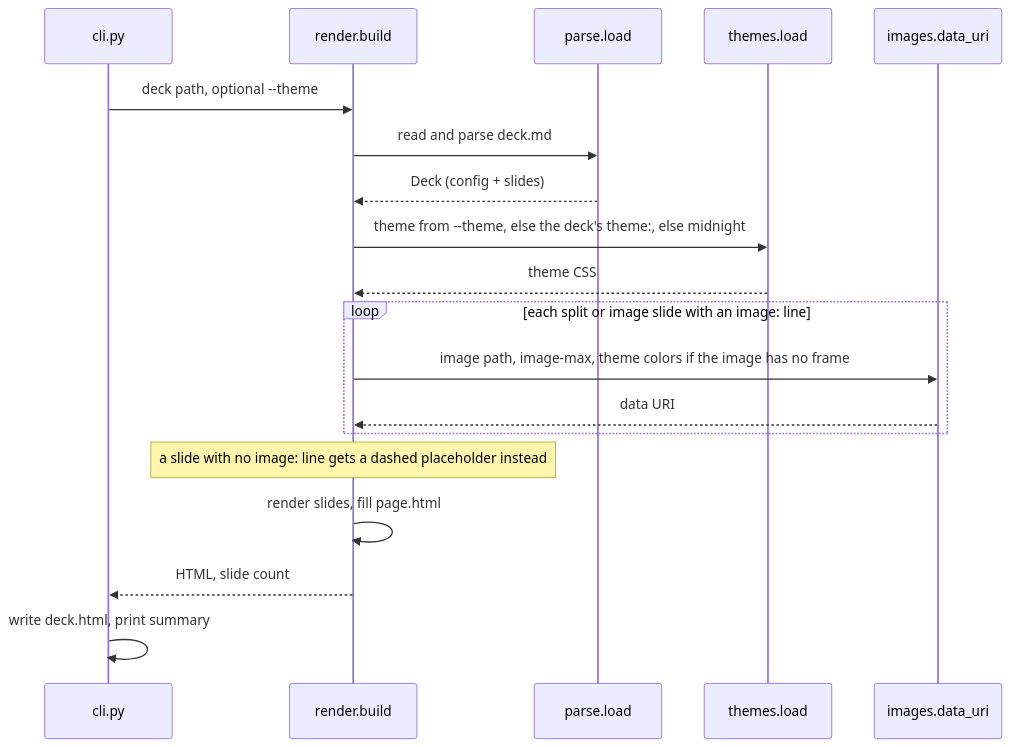
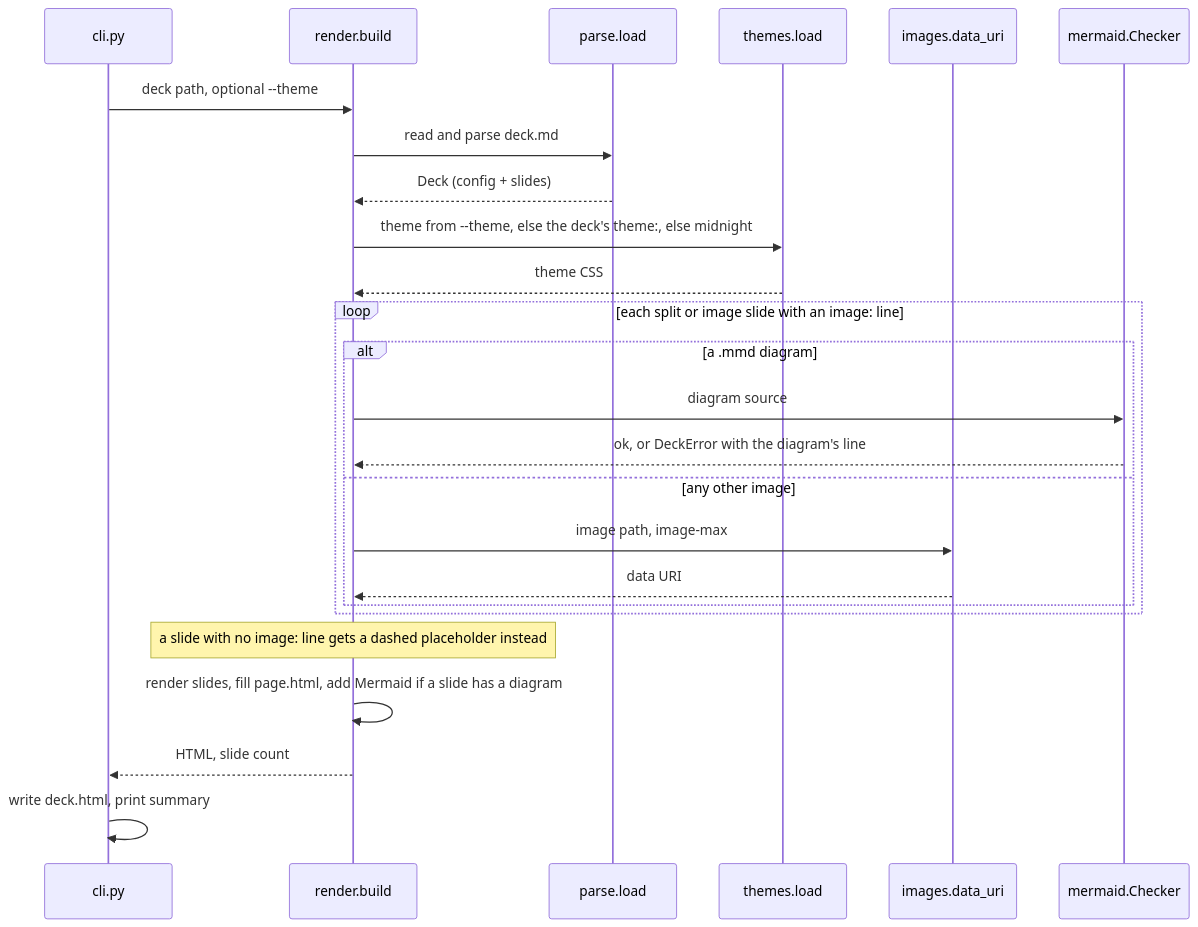
Before and after one commit to LunarCommand/akceo: the sixth of 11 diagrams in docs/how-it-works.md, drawn with Mermaid. The commit also changed other lines of this file and 21 other files, not shown here.

First line of the commit message:
Check and draw Mermaid diagrams without mmdc

````diff
--- a/docs/how-it-works.md
+++ b/docs/how-it-works.md
@@ -224,21 +229,27 @@
 ```mermaid
 sequenceDiagram
     participant CLI as cli.py
     participant R as render.build
     participant P as parse.load
     participant T as themes.load
     participant I as images.data_uri
+    participant M as mermaid.Checker
     CLI->>R: deck path, optional --theme
     R->>P: read and parse deck.md
     P-->>R: Deck (config + slides)
     R->>T: theme from --theme, else the deck's theme:, else midnight
     T-->>R: theme CSS
     loop each split or image slide with an image: line
-        R->>I: image path, image-max, theme colors if the image has no frame
-        I-->>R: data URI
+        alt a .mmd diagram
+            R->>M: diagram source
+            M-->>R: ok, or DeckError with the diagram's line
+        else any other image
+            R->>I: image path, image-max
+            I-->>R: data URI
+        end
     end
     Note over R: a slide with no image: line gets a dashed placeholder instead
-    R->>R: render slides, fill page.html
+    R->>R: render slides, fill page.html, add Mermaid if a slide has a diagram
     R-->>CLI: HTML, slide count
     CLI->>CLI: write deck.html, print summary
 ```
````
